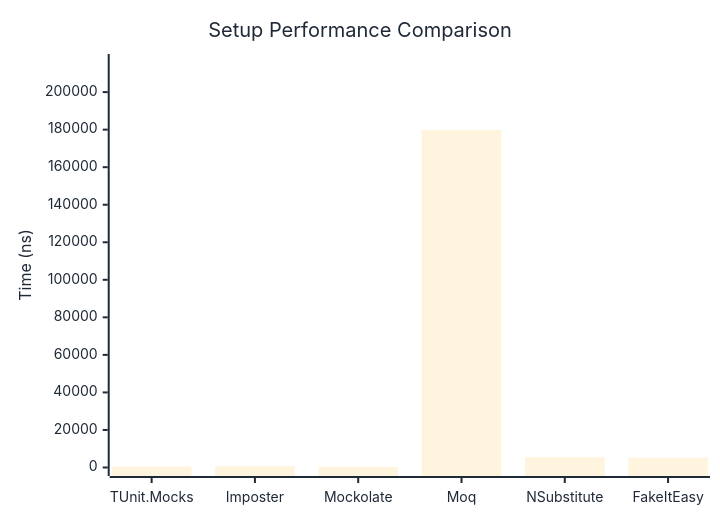
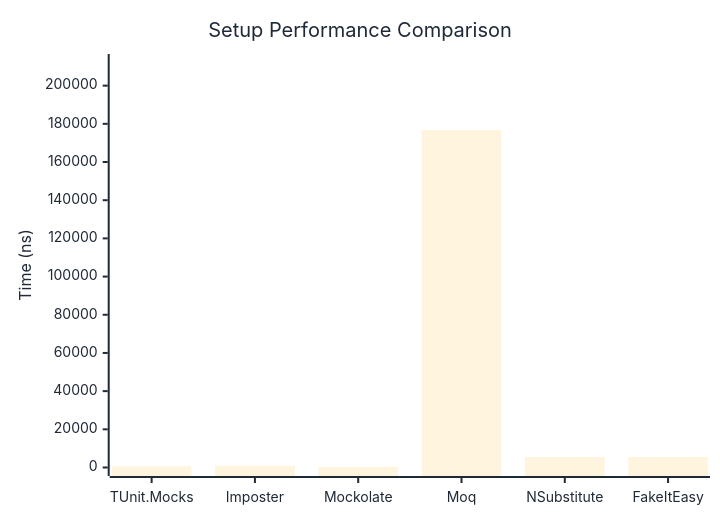
The first of 2 diagrams in docs/docs/benchmarks/mocks/Setup.md (thomhurst/TUnit), drawn with Mermaid before and after one commit. The commit also changed other lines of this file and 14 other files, not shown here.

````diff
--- a/docs/docs/benchmarks/mocks/Setup.md
+++ b/docs/docs/benchmarks/mocks/Setup.md
@@ -30,27 +30,27 @@
 ```mermaid
 %%{init: {
   'theme':'base',
   'themeVariables': {
     'primaryColor': '#2563eb',
     'primaryTextColor': '#1f2937',
     'primaryBorderColor': '#1e40af',
     'lineColor': '#6b7280',
     'secondaryColor': '#7c3aed',
     'tertiaryColor': '#dc2626',
     'background': '#ffffff',
     'pie1': '#2563eb',
     'pie2': '#7c3aed',
     'pie3': '#dc2626',
     'pie4': '#f59e0b',
     'pie5': '#10b981',
     'pie6': '#06b6d4',
     'pie7': '#ec4899',
     'pie8': '#6366f1'
   }
 }}%%
 xychart-beta
   title "Setup Performance Comparison"
   x-axis ["TUnit.Mocks", "Imposter", "Mockolate", "Moq", "NSubstitute", "FakeItEasy"]
-  y-axis "Time (ns)" 0 --> 215775
-  bar [517.4, 650.8, 299.3, 179812.4, 5451.6, 5240.3]
+  y-axis "Time (ns)" 0 --> 212123
+  bar [585.9, 922.9, 337.1, 176768.6, 5502, 5529.3]
 ```
````
